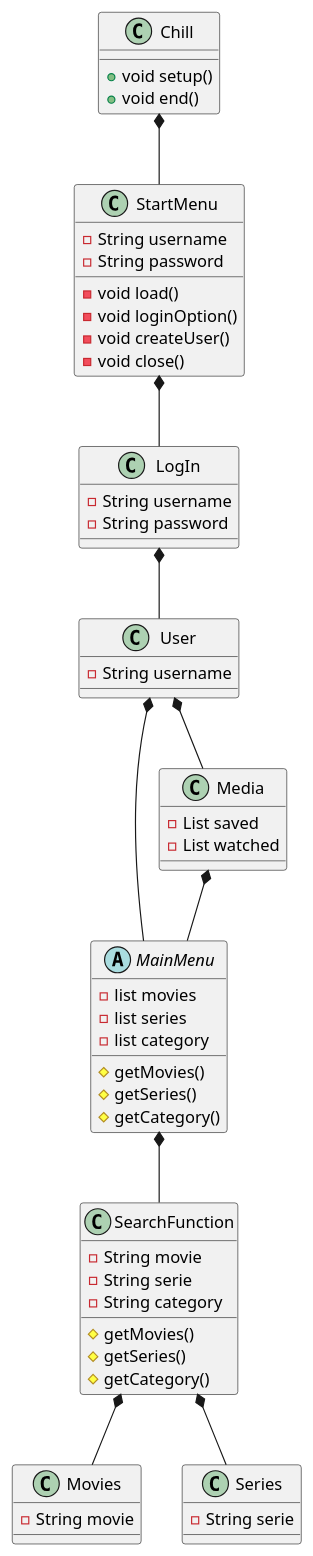
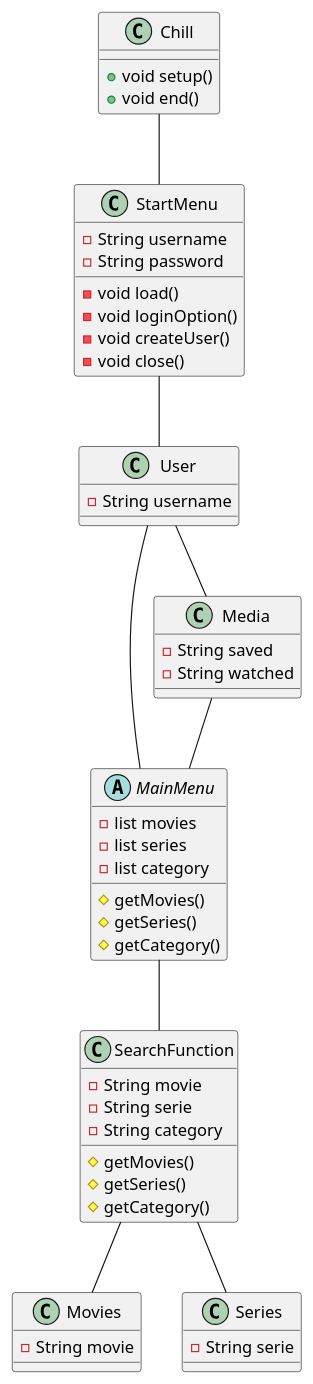
One commit to KnogleMau/SP3---Streamingtjeneste changed the diagram in SP3/.idea/KlasseDiagram.puml. Above: the diagram before and after it, drawn with PlantUML.

Commit message:
Main og chilli

```diff
--- a/SP3/.idea/KlasseDiagram.puml
+++ b/SP3/.idea/KlasseDiagram.puml
@@ -1,76 +1,71 @@
 @startuml
 'https://plantuml.com/class-diagram
 
 Class Chill{
 
 +void setup()
 +void end()
 }
 
 Class StartMenu{
 -void load()
 -String username
 -String password
 -void loginOption()
 -void createUser()
 -void close()
 
 }
 
-Class LogIn{
--String username
--String password
-
-}
 
 Class User{
 -String username
 
 }
 
 Abstract MainMenu{
 -list movies
 -list series
 -list category
 #getMovies()
 #getSeries()
 #getCategory()
 
 
 }
 
 Class SearchFunction{
 -String movie
 -String serie
 -String category
 #getMovies()
 #getSeries()
 #getCategory()
 
 }
 
 Class Media{
--List saved
--List watched
+-String saved
+-String watched
 }
 
 Class Movies{
 -String movie
 }
 
 Class Series{
 -String serie
 }
 
-Chill *-- StartMenu
-StartMenu *-- LogIn
-LogIn *-- User
-User *-- MainMenu
+Chill -- StartMenu
+StartMenu-- User
 
-MainMenu *-- SearchFunction
-Media *-- MainMenu
-User *-- Media
-SearchFunction *-- Movies
-SearchFunction *-- Series
+User -- MainMenu
+
+MainMenu-- SearchFunction
+Media -- MainMenu
+User-- Media
+SearchFunction -- Movies
+SearchFunction-- Series
 
 @enduml
```
